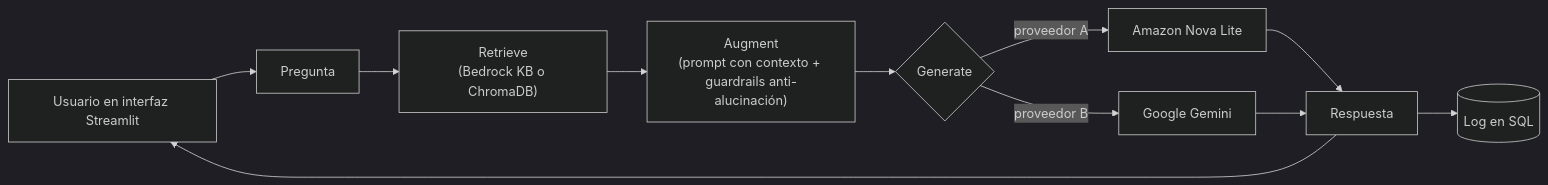
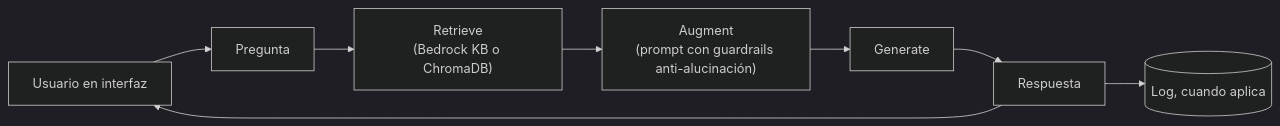
One commit to sofia-torres-v/AutoSpec-Voice-Assistant changed the first of 3 diagrams in README.md. Above: the diagram before and after it, drawn with Mermaid (dark theme). The commit also changed other lines of this file and 2 other files, not shown here.

````diff
--- a/README.md
+++ b/README.md
@@ -42,13 +38,10 @@
 ```mermaid
 flowchart LR
-    U[Usuario en interfaz Streamlit] --> Q[Pregunta]
+    U[Usuario en interfaz] --> Q[Pregunta]
     Q --> R["Retrieve<br/>(Bedrock KB o ChromaDB)"]
-    R --> A["Augment<br/>(prompt con contexto + guardrails anti-alucinación)"]
-    A --> G{"Generate"}
-    G -->|proveedor A| N["Amazon Nova Lite"]
-    G -->|proveedor B| GE["Google Gemini"]
-    N --> RESP[Respuesta]
-    GE --> RESP
-    RESP --> L[(Log en SQL)]
+    R --> A["Augment<br/>(prompt con guardrails anti-alucinación)"]
+    A --> G["Generate"]
+    G --> RESP[Respuesta]
+    RESP --> L[(Log, cuando aplica)]
     RESP --> U
 ```
````
